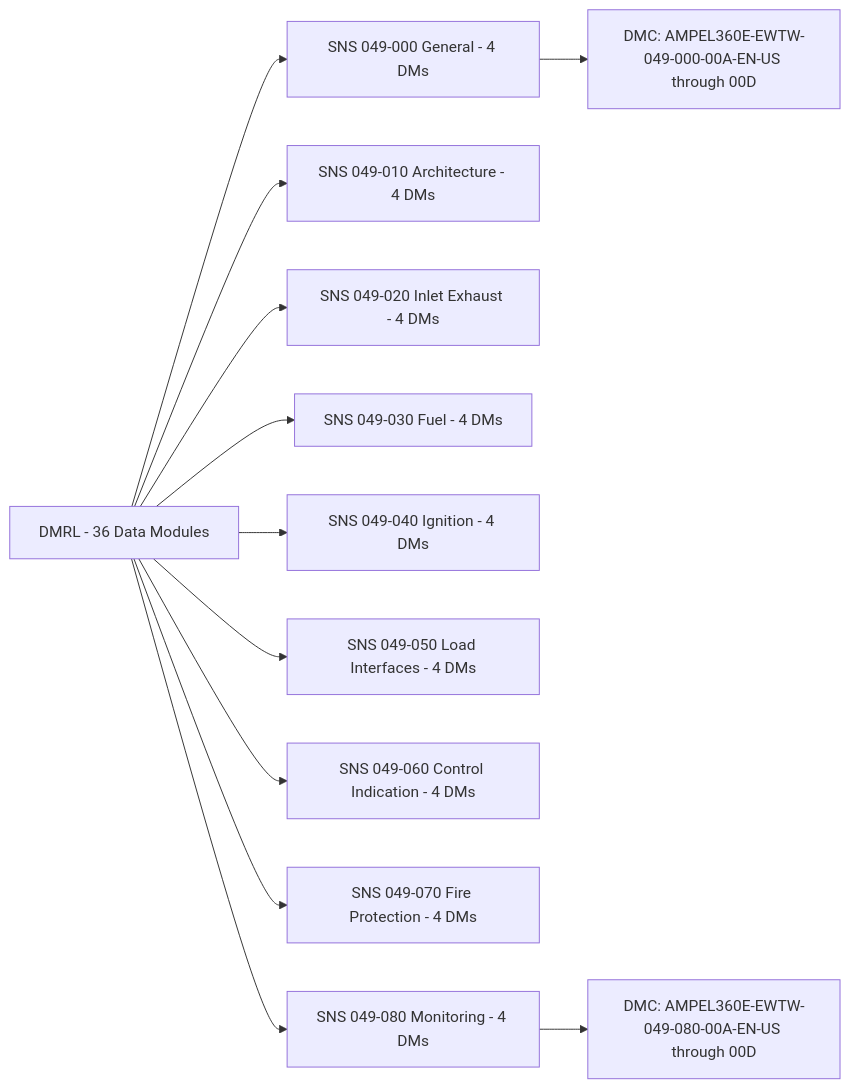
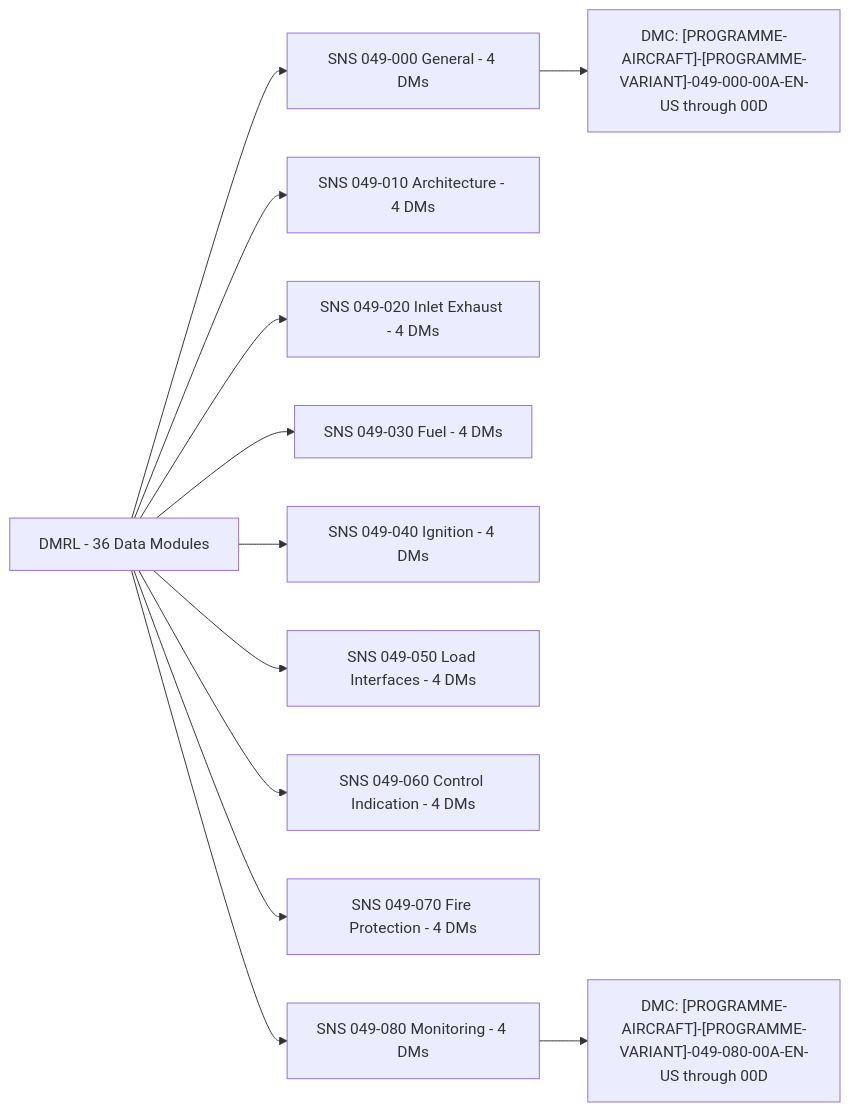
Before and after one commit to AmedeoPelliccia/Qplus-For-All-Queer-People-and-Quantum: the second of 3 diagrams in Q+ATLANTIDE/000-099_ATLAS/040-049_Avionica-Informacion-y-APU/049_Airborne-Auxiliary-Power/049-090-S1000D-CSDB-Mapping-and-Traceability.md, drawn with Mermaid. The commit also changed other lines of this file and 676 other files, not shown here.

First line of the commit message:
feat: de-programmatize all ATLAS standard files — remove AMPEL360E/eWTW programme content

````diff
--- a/Q+ATLANTIDE/000-099_ATLAS/040-049_Avionica-Informacion-y-APU/049_Airborne-Auxiliary-Power/049-090-S1000D-CSDB-Mapping-and-Traceability.md
+++ b/Q+ATLANTIDE/000-099_ATLAS/040-049_Avionica-Informacion-y-APU/049_Airborne-Auxiliary-Power/049-090-S1000D-CSDB-Mapping-and-Traceability.md
@@ -155,14 +157,14 @@
 ```mermaid
 graph LR
     DMRL["DMRL - 36 Data Modules"] --> SNS000["SNS 049-000 General - 4 DMs"]
     DMRL --> SNS010["SNS 049-010 Architecture - 4 DMs"]
     DMRL --> SNS020["SNS 049-020 Inlet Exhaust - 4 DMs"]
     DMRL --> SNS030["SNS 049-030 Fuel - 4 DMs"]
     DMRL --> SNS040["SNS 049-040 Ignition - 4 DMs"]
     DMRL --> SNS050["SNS 049-050 Load Interfaces - 4 DMs"]
     DMRL --> SNS060["SNS 049-060 Control Indication - 4 DMs"]
     DMRL --> SNS070["SNS 049-070 Fire Protection - 4 DMs"]
     DMRL --> SNS080["SNS 049-080 Monitoring - 4 DMs"]
-    SNS000 --> DMC_SCHEMA["DMC: AMPEL360E-EWTW-049-000-00A-EN-US through 00D"]
-    SNS080 --> DMC_SCHEMA_END["DMC: AMPEL360E-EWTW-049-080-00A-EN-US through 00D"]
+    SNS000 --> DMC_SCHEMA["DMC: [PROGRAMME-AIRCRAFT]-[PROGRAMME-VARIANT]-049-000-00A-EN-US through 00D"]
+    SNS080 --> DMC_SCHEMA_END["DMC: [PROGRAMME-AIRCRAFT]-[PROGRAMME-VARIANT]-049-080-00A-EN-US through 00D"]
 ```
````
